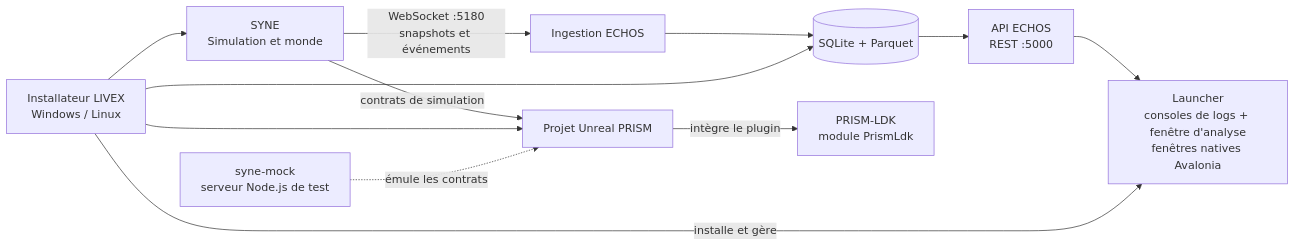
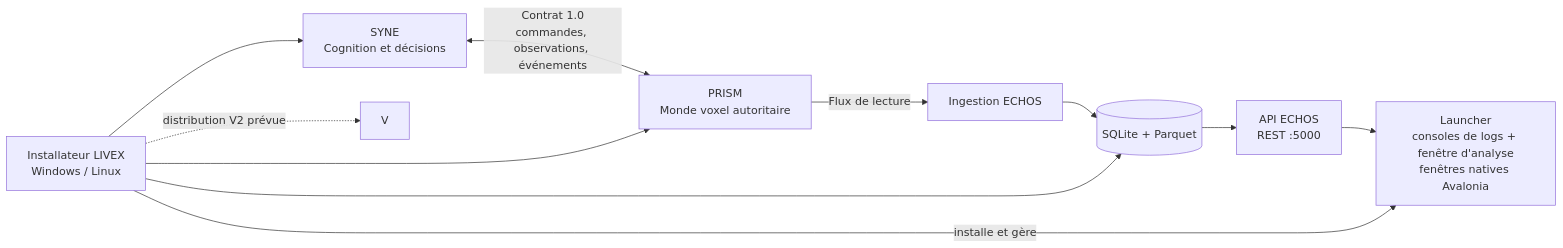
One commit to donovan-dev-web/LIVEX changed the diagram in README.md. Above: the diagram before and after it, drawn with Mermaid. The commit also changed other lines of this file and 510 other files, not shown here.

````diff
--- a/README.md
+++ b/README.md
@@ -72,14 +74,13 @@
 ```mermaid
 flowchart LR
-    S[SYNE<br/>Simulation et monde] -->|WebSocket :5180<br/>snapshots et événements| I[Ingestion ECHOS]
+    S[SYNE<br/>Cognition et décisions] <-->|Contrat 1.0<br/>commandes, observations, événements| P[PRISM<br/>Monde voxel autoritaire]
+    P -->|Flux de lecture| I[Ingestion ECHOS]
     I --> D[(SQLite + Parquet)]
     D --> A[API ECHOS<br/>REST :5000]
     A --> U[Launcher<br/>consoles de logs + fenêtre d'analyse<br/>fenêtres natives Avalonia]
-    S -->|contrats de simulation| P[Projet Unreal PRISM]
-    P -->|intègre le plugin| L[PRISM-LDK<br/>module PrismLdk]
     INSTALL[Installateur LIVEX<br/>Windows / Linux] -->|installe et gère| U
     INSTALL --> S
     INSTALL --> D
     INSTALL --> P
-    M[syne-mock<br/>serveur Node.js de test] -.->|émule les contrats| P
+    INSTALL -.->|distribution V2 prévue| V
 ```
````
